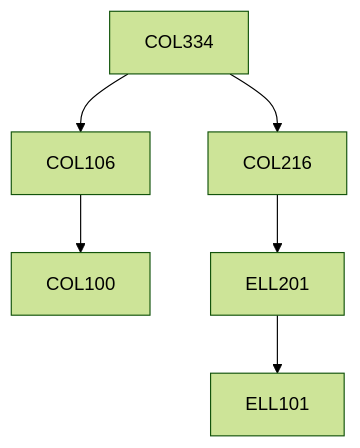
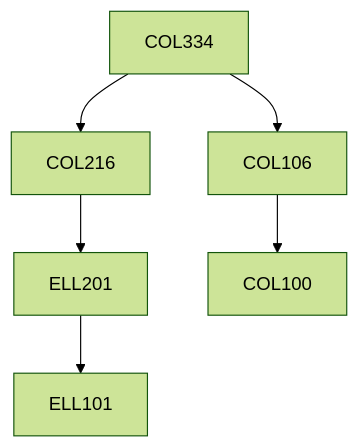
The diagram in content/Computer Science and Engineering/COL334.md (KeshavBansal0122/CoS_Website), drawn with Mermaid (forest theme) before and after one commit. The commit also changed other lines of this file and 2667 other files, not shown here.

````diff
--- a/content/Computer Science and Engineering/COL334.md
+++ b/content/Computer Science and Engineering/COL334.md
@@ -17,8 +15,12 @@
 ```mermaid
-graph TD
-COL334 --> COL106
-COL106 --> COL100
-COL334 --> COL216
-COL216 --> ELL201
-ELL201 --> ELL101
+flowchart TD
+COL334-182[COL334]
+COL334-182 --> COL106-182[COL106]
+ELL201-182 --> ELL101-182[ELL101]
+COL216-182 --> ELL201-182[ELL201]
+COL106-182 --> COL100-182[COL100]
+COL334-182 --> COL216-182[COL216]
+
+classDef empty height:17px, fill:transparent, stroke:transparent;
+classDef trueEmpty height:0px, width:0px;
 ```
````
